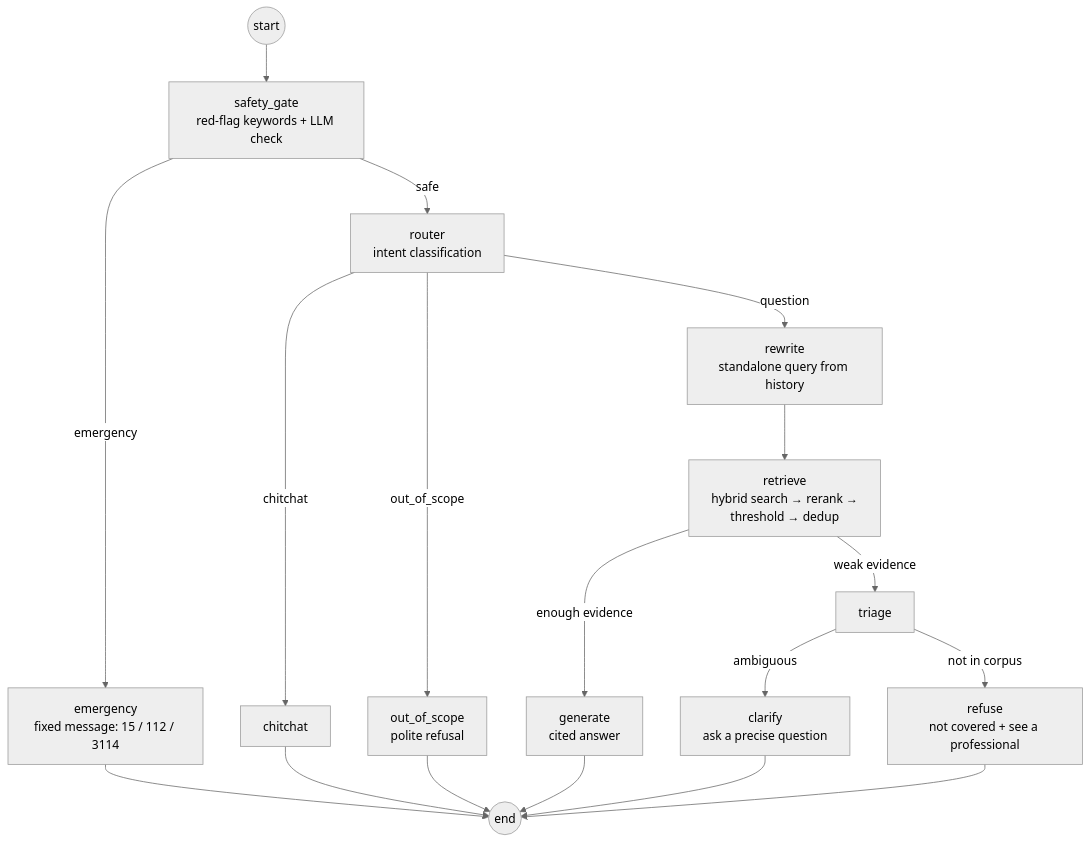
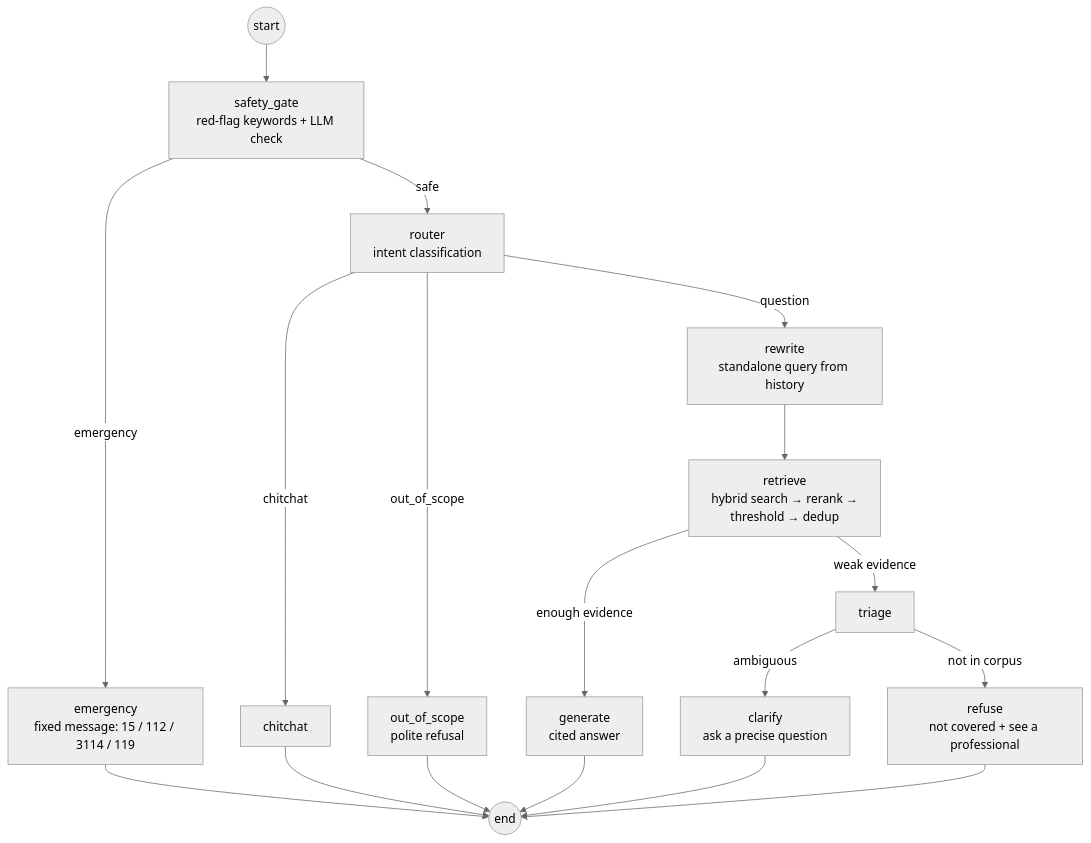
Before and after one commit to Aziz-Zeghal/endometriosis-rag: the second of 2 diagrams in docs/architecture.md, drawn with Mermaid (neutral theme). The commit also changed other lines of this file and 8 other files, not shown here.

````diff
--- a/docs/architecture.md
+++ b/docs/architecture.md
@@ -87,20 +89,20 @@
 ```mermaid
 flowchart TD
     START((start)) --> SG[safety_gate<br/>red-flag keywords + LLM check]
-    SG -->|emergency| EM[emergency<br/>fixed message: 15 / 112 / 3114]
+    SG -->|emergency| EM[emergency<br/>fixed message: 15 / 112 / 3114 / 119]
     SG -->|safe| RT[router<br/>intent classification]
     RT -->|chitchat| CC[chitchat]
     RT -->|out_of_scope| OOS[out_of_scope<br/>polite refusal]
     RT -->|question| RW[rewrite<br/>standalone query from history]
     RW --> RE[retrieve<br/>hybrid search → rerank →<br/>threshold → dedup]
     RE -->|enough evidence| GE[generate<br/>cited answer]
     RE -->|weak evidence| TR[triage]
     TR -->|ambiguous| CL[clarify<br/>ask a precise question]
     TR -->|not in corpus| RF[refuse<br/>not covered + see a professional]
     EM --> END((end))
     CC --> END
     OOS --> END
     GE --> END
     CL --> END
     RF --> END
 ```
````
